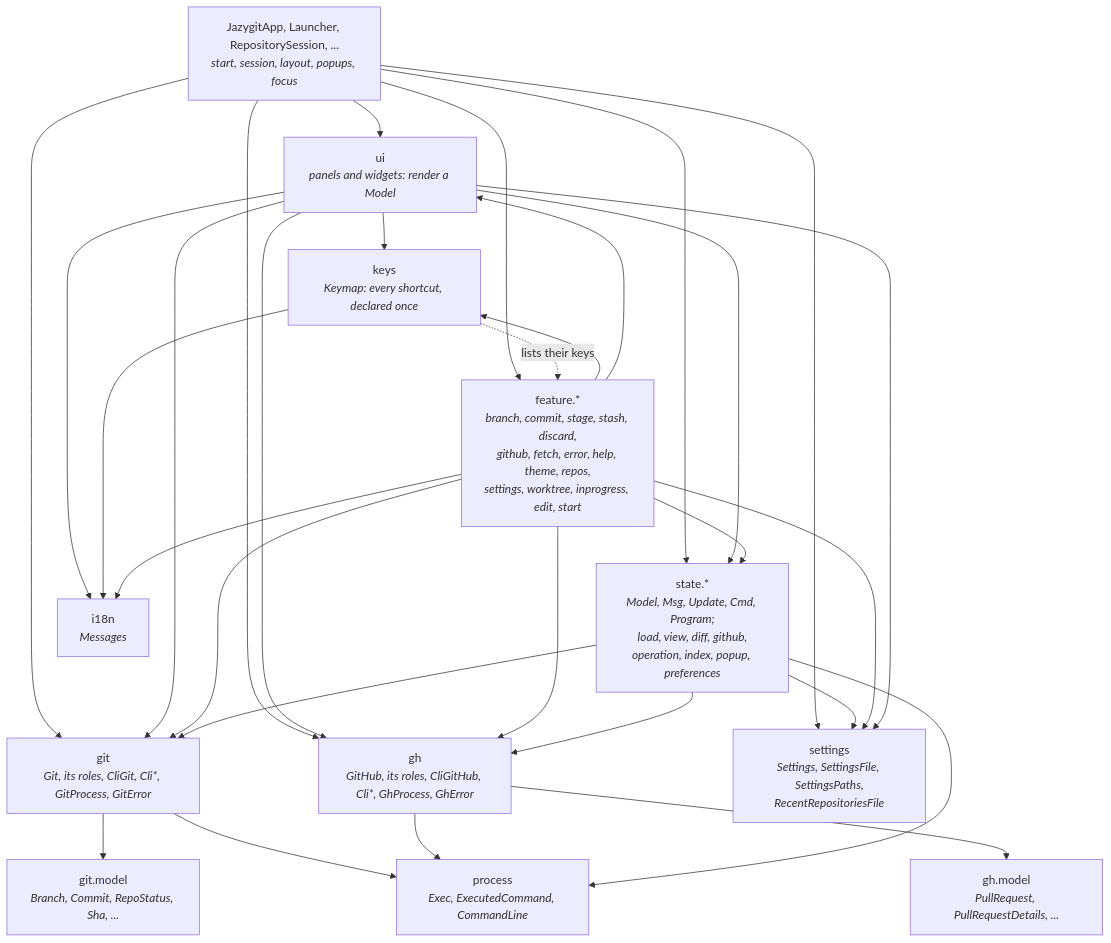
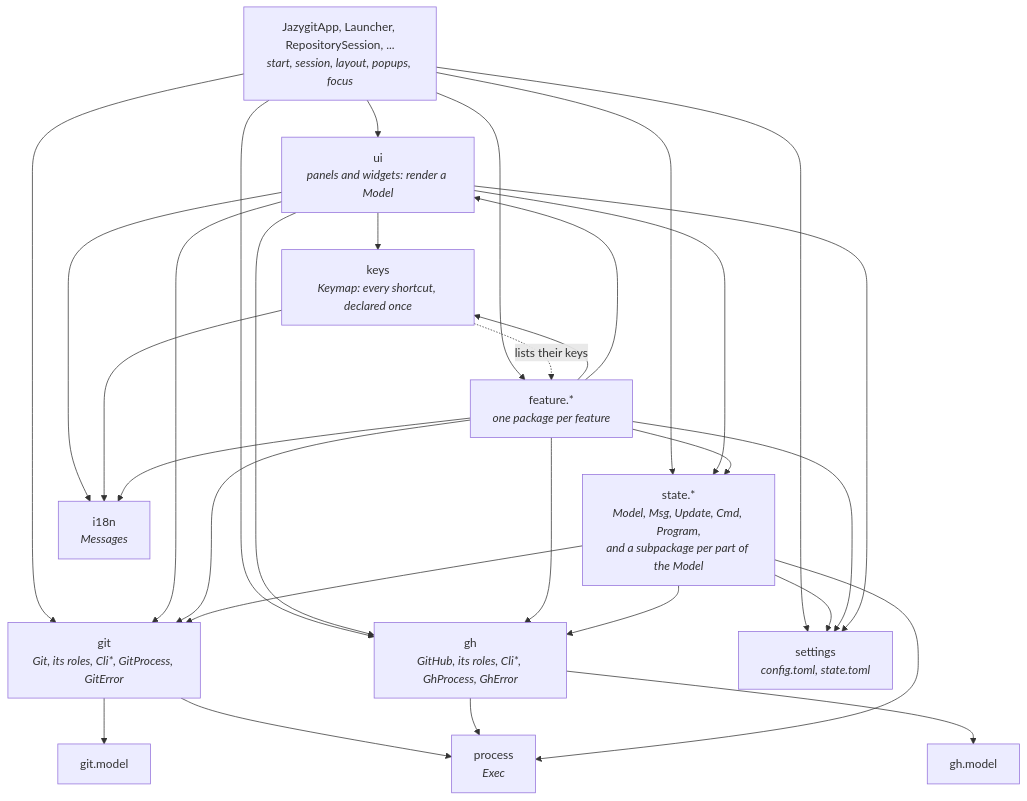
The first of 4 diagrams in ARCHITECTURE.md (cvanfleteren/jazygit), drawn with Mermaid before and after one commit. The commit also changed other lines of this file and 1 other file, not shown here.

First line of the commit message:
ARCHITECTURE.md is a short map of the shape, not a description of features

````diff
--- a/ARCHITECTURE.md
+++ b/ARCHITECTURE.md
@@ -47,45 +39,45 @@
 ```mermaid
 graph TD
     App["JazygitApp, Launcher, RepositorySession, ...<br/><i>start, session, layout, popups, focus</i>"]
     UI["ui<br/><i>panels and widgets: render a Model</i>"]
     Keys["keys<br/><i>Keymap: every shortcut, declared once</i>"]
-    Feature["feature.*<br/><i>branch, commit, stage, stash, discard,<br/>github, fetch, error, help, theme, repos,<br/>settings, worktree, inprogress, edit, start</i>"]
-    State["state.*<br/><i>Model, Msg, Update, Cmd, Program;<br/>load, view, diff, github,<br/>operation, index, popup, preferences</i>"]
-    Git["git<br/><i>Git, its roles, CliGit, Cli*, GitProcess, GitError</i>"]
-    GitModel["git.model<br/><i>Branch, Commit, RepoStatus, Sha, ...</i>"]
-    Gh["gh<br/><i>GitHub, its roles, CliGitHub, Cli*, GhProcess, GhError</i>"]
-    GhModel["gh.model<br/><i>PullRequest, PullRequestDetails, ...</i>"]
-    Process["process<br/><i>Exec, ExecutedCommand, CommandLine</i>"]
+    Feature["feature.*<br/><i>one package per feature</i>"]
+    State["state.*<br/><i>Model, Msg, Update, Cmd, Program,<br/>and a subpackage per part of the Model</i>"]
+    Git["git<br/><i>Git, its roles, Cli*, GitProcess, GitError</i>"]
+    GitModel["git.model"]
+    Gh["gh<br/><i>GitHub, its roles, Cli*, GhProcess, GhError</i>"]
+    GhModel["gh.model"]
+    Process["process<br/><i>Exec</i>"]
     I18n["i18n<br/><i>Messages</i>"]
-    Settings["settings<br/><i>Settings, SettingsFile, SettingsPaths,<br/>RecentRepositoriesFile</i>"]
+    Settings["settings<br/><i>config.toml, state.toml</i>"]
 
     App --> UI
     App --> State
     App --> Feature
     App --> Git
     App --> Gh
     UI --> Keys
     UI --> State
     UI --> Git
     UI --> Gh
     Keys -. "lists their keys" .-> Feature
     Feature --> Keys
     Feature --> UI
     Feature --> State
     Feature --> Git
     State --> Git
     Git --> GitModel
     Feature --> Gh
     State --> Gh
     Gh --> GhModel
     Git --> Process
     Gh --> Process
     State --> Process
     UI --> I18n
     App --> Settings
     State --> Settings
     Feature --> Settings
     UI --> Settings
     Keys --> I18n
     Feature --> I18n
 ```
````
